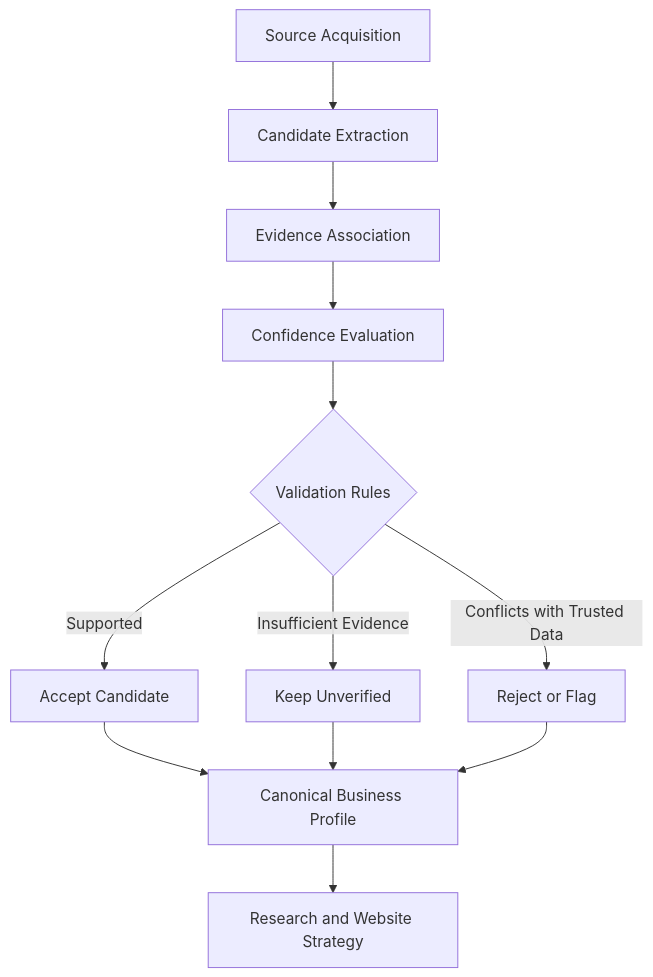
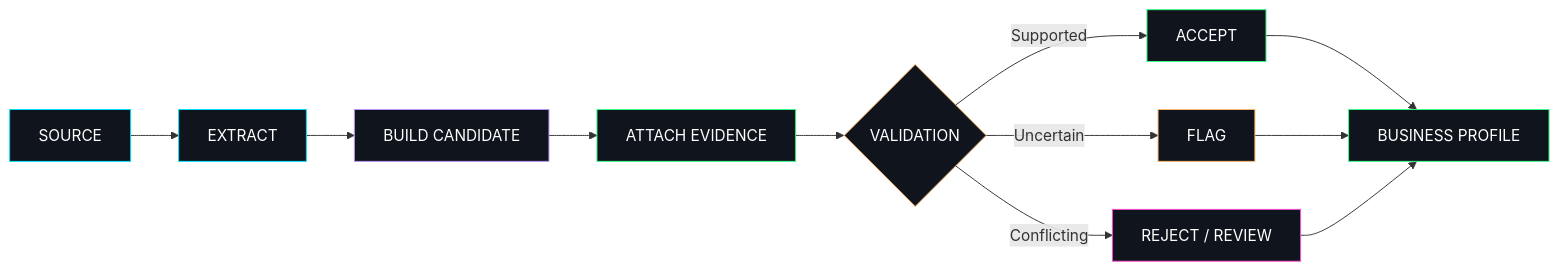
The second of 2 diagrams in README.md (notbeingsuraj/Webloom), drawn with Mermaid before and after one commit. The commit also changed other lines of this file, not shown here.

````diff
--- a/README.md
+++ b/README.md
@@ -266,14 +253,23 @@
 ```mermaid
-flowchart TD
-    A["Source Acquisition"] --> B["Candidate Extraction"]
-    B --> C["Evidence Association"]
-    C --> D["Confidence Evaluation"]
-    D --> E{"Validation Rules"}
-    E -->|Supported| F["Accept Candidate"]
-    E -->|Insufficient Evidence| G["Keep Unverified"]
-    E -->|Conflicts with Trusted Data| H["Reject or Flag"]
-    F --> I["Canonical Business Profile"]
+flowchart LR
+    A["SOURCE"] --> B["EXTRACT"]
+    B --> C["BUILD CANDIDATE"]
+    C --> D["ATTACH EVIDENCE"]
+    D --> E{"VALIDATION"}
+    E -->|Supported| F["ACCEPT"]
+    E -->|Uncertain| G["FLAG"]
+    E -->|Conflicting| H["REJECT / REVIEW"]
+    F --> I["BUSINESS PROFILE"]
     G --> I
     H --> I
-    I --> J["Research and Website Strategy"]
+
+    style A fill:#10151D,stroke:#00E5FF,color:#FFFFFF
+    style B fill:#10151D,stroke:#00E5FF,color:#FFFFFF
+    style C fill:#10151D,stroke:#BD93F9,color:#FFFFFF
+    style D fill:#10151D,stroke:#39FF88,color:#FFFFFF
+    style E fill:#10151D,stroke:#FFB86C,color:#FFFFFF
+    style F fill:#10151D,stroke:#39FF88,color:#FFFFFF
+    style G fill:#10151D,stroke:#FFB86C,color:#FFFFFF
+    style H fill:#10151D,stroke:#FF4FD8,color:#FFFFFF
+    style I fill:#10151D,stroke:#39FF88,color:#FFFFFF
 ```
````
